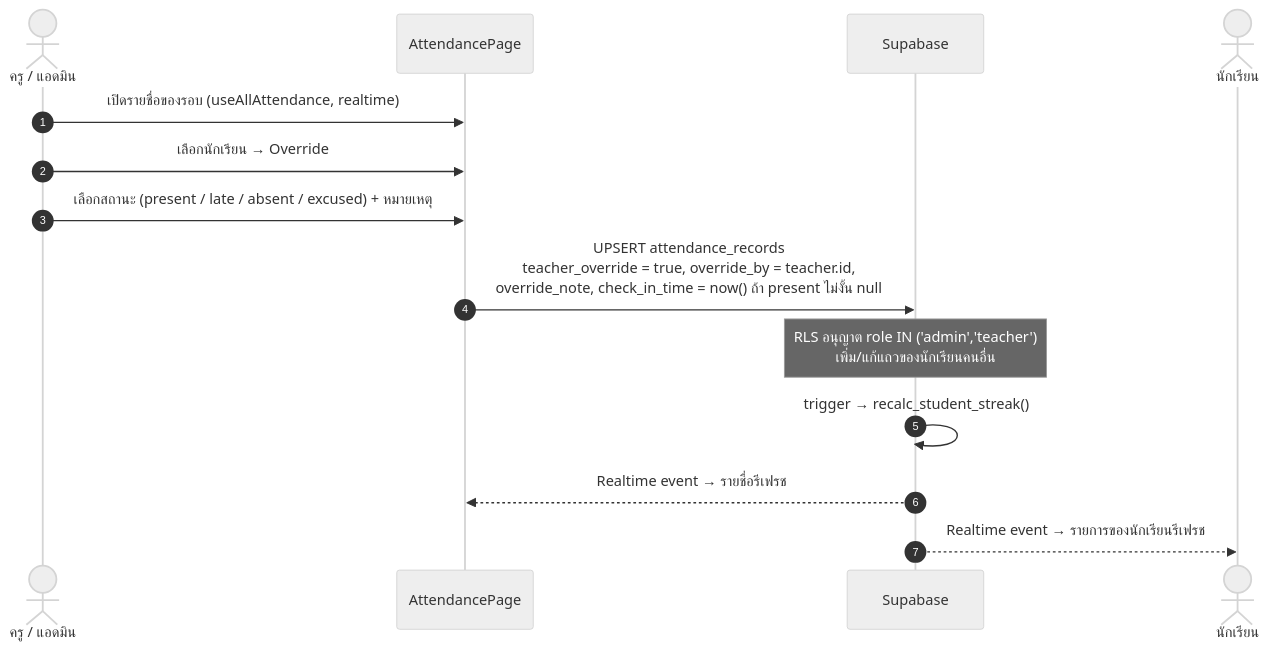
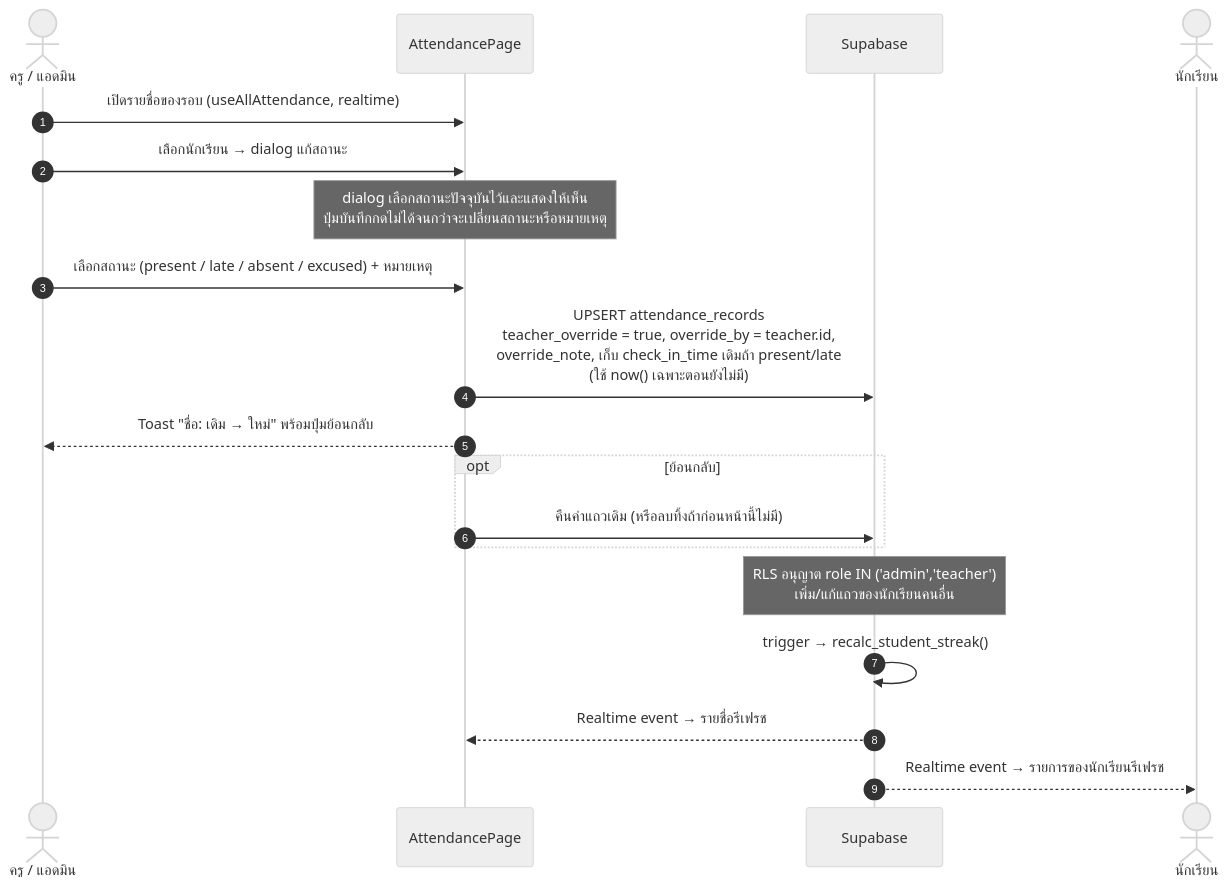
Before and after one commit to wachirawitraksa/marching-band-attendance: the ninth of 15 diagrams in README.th.md, drawn with Mermaid (neutral theme). The commit also changed other lines of this file and 1 other file, not shown here.

````diff
--- a/README.th.md
+++ b/README.th.md
@@ -389,17 +411,22 @@
 ```mermaid
 sequenceDiagram
     autonumber
     actor T as ครู / แอดมิน
     participant P as AttendancePage
     participant DB as Supabase
     actor S as นักเรียน
 
     T->>P: เปิดรายชื่อของรอบ (useAllAttendance, realtime)
-    T->>P: เลือกนักเรียน → Override
+    T->>P: เลือกนักเรียน → dialog แก้สถานะ
+    Note over P: dialog เลือกสถานะปัจจุบันไว้และแสดงให้เห็น<br/>ปุ่มบันทึกกดไม่ได้จนกว่าจะเปลี่ยนสถานะหรือหมายเหตุ
     T->>P: เลือกสถานะ (present / late / absent / excused) + หมายเหตุ
-    P->>DB: UPSERT attendance_records<br/>teacher_override = true, override_by = teacher.id,<br/>override_note, check_in_time = now() ถ้า present ไม่งั้น null
+    P->>DB: UPSERT attendance_records<br/>teacher_override = true, override_by = teacher.id,<br/>override_note, เก็บ check_in_time เดิมถ้า present/late<br/>(ใช้ now() เฉพาะตอนยังไม่มี)
+    P-->>T: Toast "ชื่อ: เดิม → ใหม่" พร้อมปุ่มย้อนกลับ
+    opt ย้อนกลับ
+        P->>DB: คืนค่าแถวเดิม (หรือลบทิ้งถ้าก่อนหน้านี้ไม่มี)
+    end
     Note over DB: RLS อนุญาต role IN ('admin','teacher')<br/>เพิ่ม/แก้แถวของนักเรียนคนอื่น
     DB->>DB: trigger → recalc_student_streak()
     DB-->>P: Realtime event → รายชื่อรีเฟรช
     DB-->>S: Realtime event → รายการของนักเรียนรีเฟรช
 ```
````
